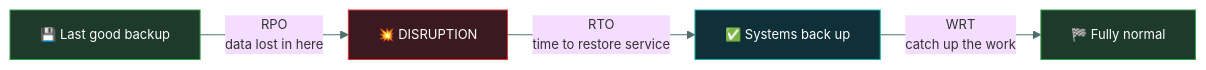
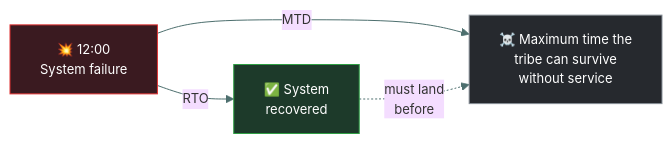
One commit to tarunTejaDesireddy/cc-exam-prep changed the first of 4 diagrams in 02-security-governance/rto-rpo-mtd/README.md. Above: the diagram before and after it, drawn with Mermaid. The commit also changed other lines of this file and 1 other file, not shown here.

First line of the commit message:
Rewrite RTO vs RPO vs MTD with real timeline diagrams

````diff
--- a/02-security-governance/rto-rpo-mtd/README.md
+++ b/02-security-governance/rto-rpo-mtd/README.md
@@ -77,12 +32,11 @@
 ```mermaid
-%%{init: {'theme':'base','themeVariables':{'fontSize':'13px','lineColor':'#4d6f6e','textColor':'#dbe7e6'}}}%%
+%%{init: {'theme':'base','themeVariables':{'fontFamily':'Segoe UI, Helvetica Neue, Arial, sans-serif','fontSize':'13px','lineColor':'#4d6f6e','textColor':'#dbe7e6'}}}%%
 flowchart LR
-    B["💾 Last good backup"] -->|"RPO<br/>data lost in here"| D["💥 DISRUPTION"]
-    D -->|"RTO<br/>time to restore service"| R["✅ Systems back up"]
-    R -->|"WRT<br/>catch up the work"| N["🏁 Fully normal"]
+    F["💥 12:00<br/>System failure"] -->|"RTO"| REC["✅ System<br/>recovered"]
+    F -->|"MTD"| LIMIT["☠️ Maximum time the<br/>tribe can survive<br/>without service"]
+    REC -.->|"must land<br/>before"| LIMIT
 
-    style B fill:#1d3a2a,stroke:#2F9E44,color:#fff
-    style D fill:#3a1a20,stroke:#E03131,color:#fff
-    style R fill:#0f3038,stroke:#12B5A5,color:#fff
-    style N fill:#1d3a2a,stroke:#2F9E44,color:#fff
+    style F fill:#3a1a20,stroke:#E03131,color:#fff
+    style REC fill:#1d3a2a,stroke:#2F9E44,color:#fff
+    style LIMIT fill:#26292e,stroke:#868E96,color:#fff
 ```
````
